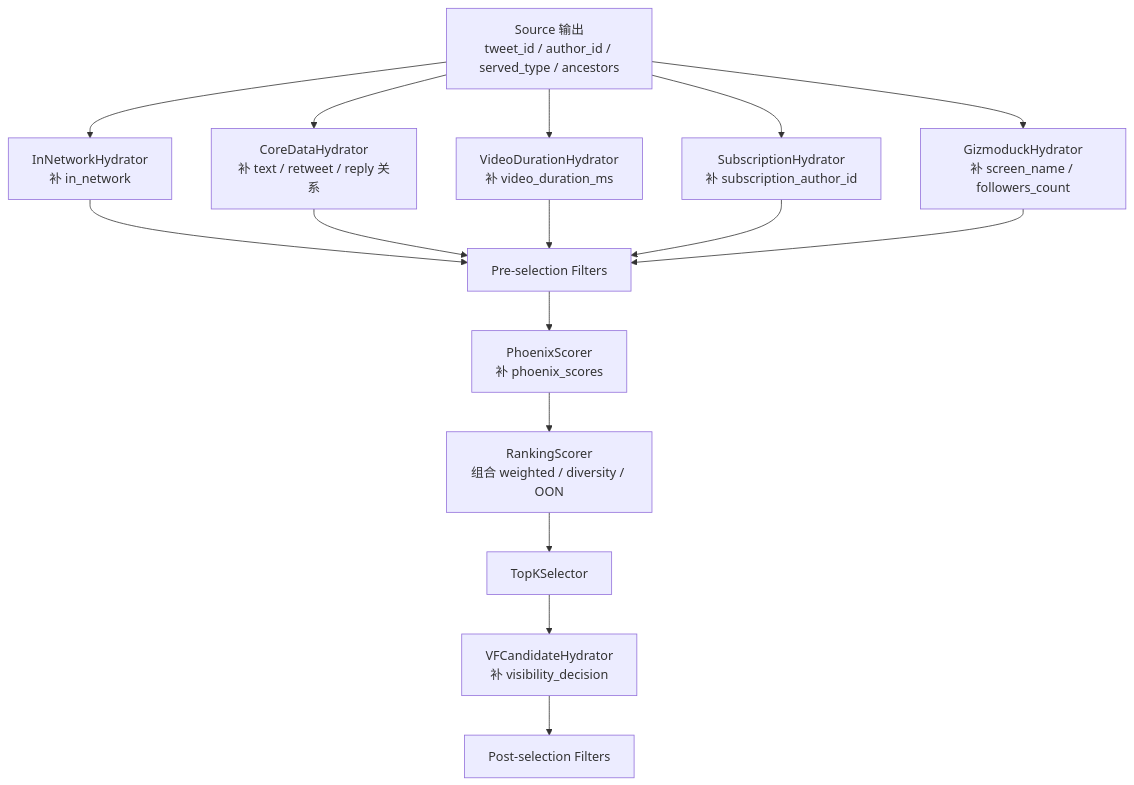
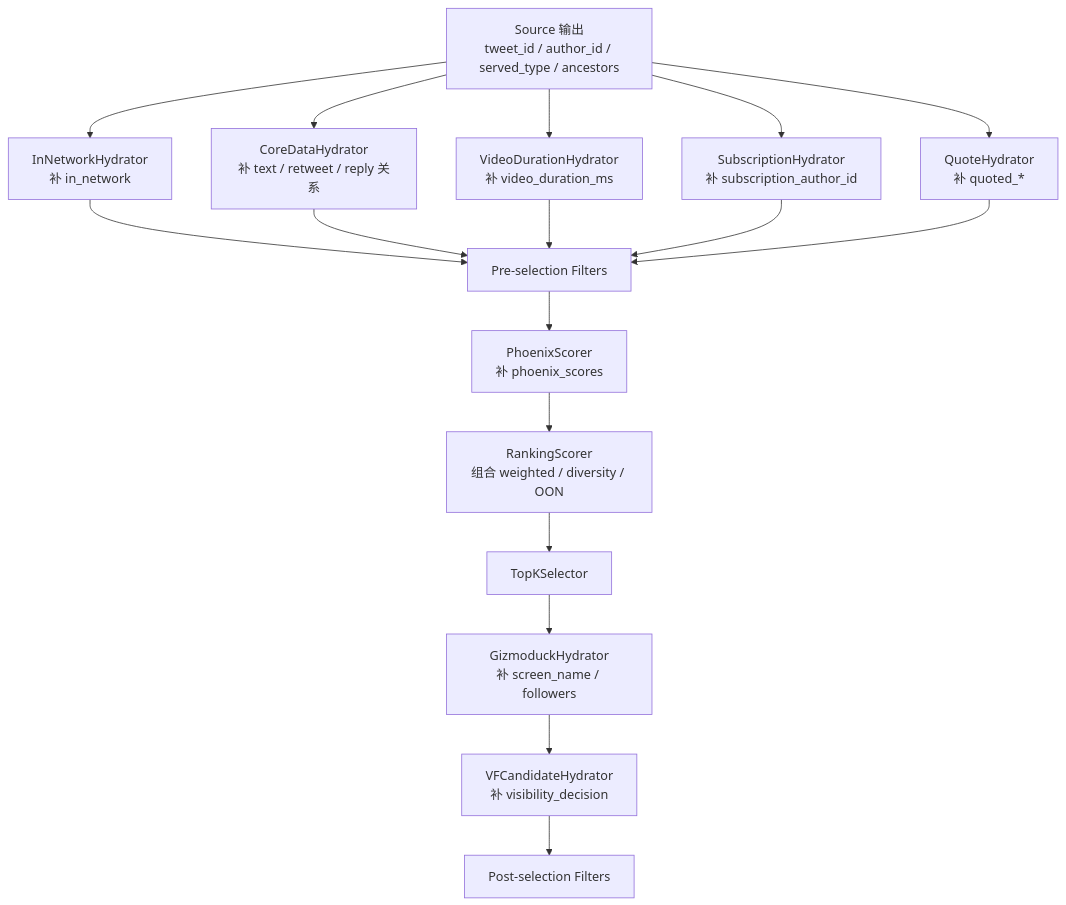
The second of 3 diagrams in docs/home-mixer/03-data-model-and-pipeline.md (freefcw/x-algorithm), drawn with Mermaid before and after one commit. The commit also changed other lines of this file and 15 other files, not shown here.

````diff
--- a/docs/home-mixer/03-data-model-and-pipeline.md
+++ b/docs/home-mixer/03-data-model-and-pipeline.md
@@ -62,20 +62,21 @@
 ```mermaid
 flowchart TD
     S["Source 输出<br/>tweet_id / author_id / served_type / ancestors"] --> H1["InNetworkHydrator<br/>补 in_network"]
     S --> H2["CoreDataHydrator<br/>补 text / retweet / reply 关系"]
     S --> H3["VideoDurationHydrator<br/>补 video_duration_ms"]
     S --> H4["SubscriptionHydrator<br/>补 subscription_author_id"]
-    S --> H5["GizmoduckHydrator<br/>补 screen_name / followers_count"]
+    S --> HQ["QuoteHydrator<br/>补 quoted_*"]
 
     H1 --> F["Pre-selection Filters"]
     H2 --> F
     H3 --> F
     H4 --> F
-    H5 --> F
+    HQ --> F
 
     F --> P["PhoenixScorer<br/>补 phoenix_scores"]
     P --> R["RankingScorer<br/>组合 weighted / diversity / OON"]
     R --> SEL["TopKSelector"]
-    SEL --> VFH["VFCandidateHydrator<br/>补 visibility_decision"]
+    SEL --> GIZ["GizmoduckHydrator<br/>补 screen_name / followers"]
+    GIZ --> VFH["VFCandidateHydrator<br/>补 visibility_decision"]
     VFH --> PSEL["Post-selection Filters"]
 ```
````
